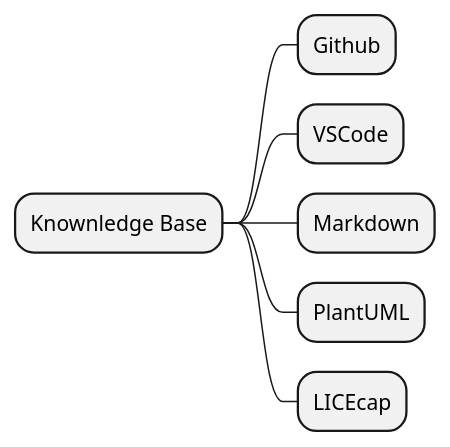
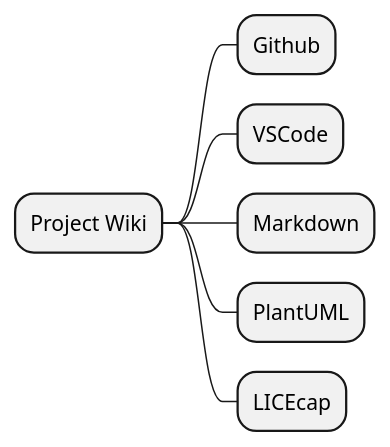
One commit to asuralhp/Test changed the diagram in PlantUML/project_wiki.puml. Above: the diagram before and after it, drawn with PlantUML. The commit also changed 6 other files, not shown here.

```diff
--- a/PlantUML/project_wiki.puml
+++ b/PlantUML/project_wiki.puml
@@ -1,8 +1,8 @@
 @startmindmap
-* Knownledge Base
+* Project Wiki
 ** Github
 ** VSCode
 ** Markdown
 ** PlantUML
 ** LICEcap
 @endmindmap
```
